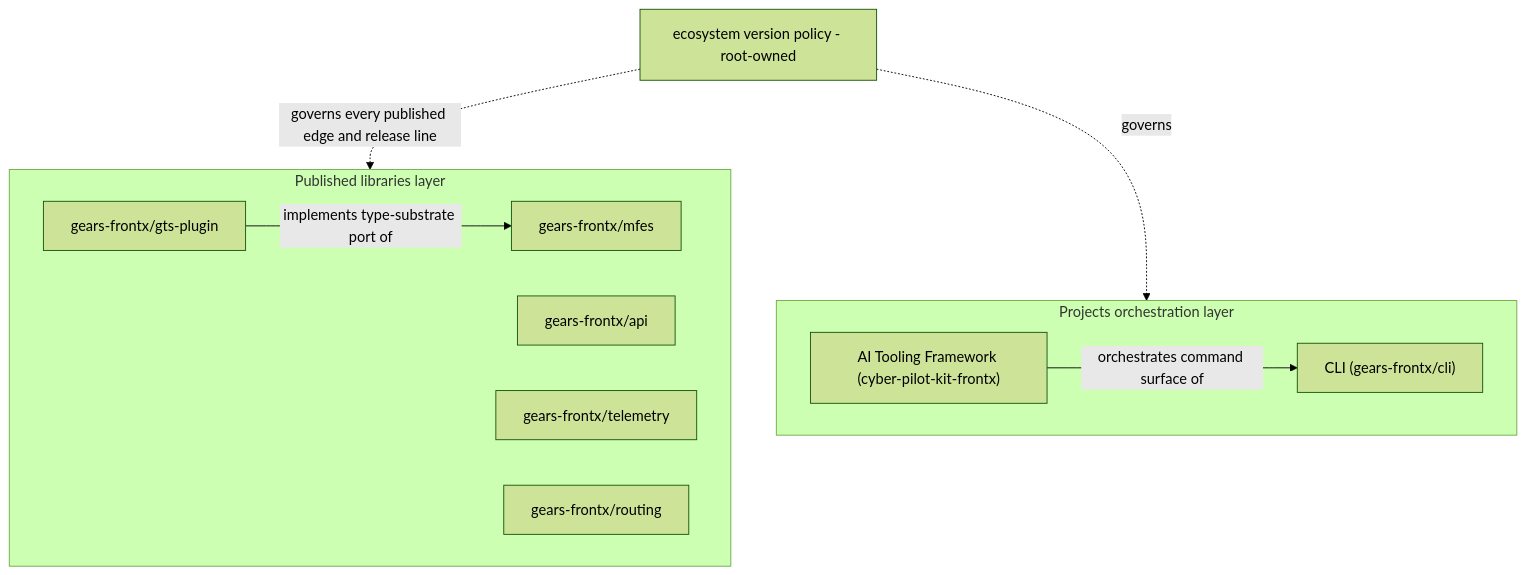
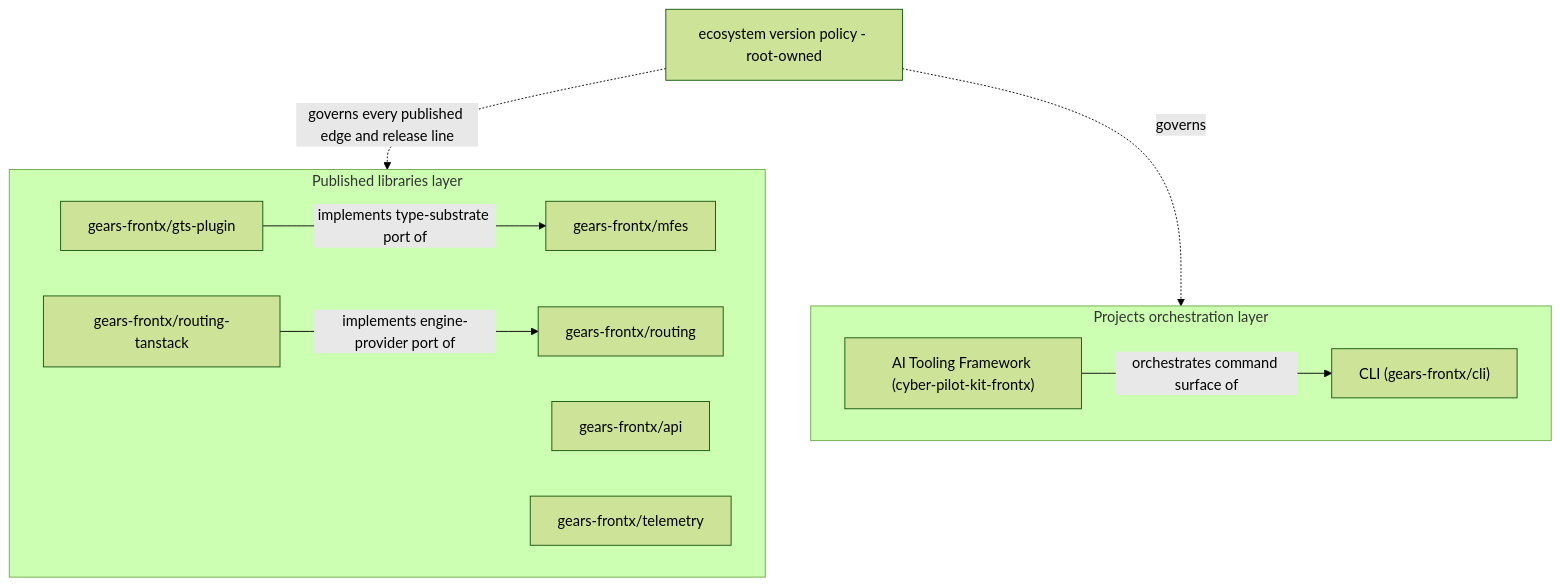
Before and after one commit to GeraBart/gears-frontx: the second of 3 diagrams in architecture/DESIGN.md, drawn with Mermaid (forest theme). The commit also changed other lines of this file and 10 other files, not shown here.

````diff
--- a/architecture/DESIGN.md
+++ b/architecture/DESIGN.md
@@ -265,19 +267,21 @@
 ```mermaid
 graph TD
     subgraph Orch[Projects orchestration layer]
         CLI["CLI (gears-frontx/cli)"]
         KIT["AI Tooling Framework (cyber-pilot-kit-frontx)"]
     end
     subgraph Libs[Published libraries layer]
         MFES[gears-frontx/mfes]
         GTS[gears-frontx/gts-plugin]
         API[gears-frontx/api]
         TEL[gears-frontx/telemetry]
         ROUTING[gears-frontx/routing]
+        ROUTINGTS[gears-frontx/routing-tanstack]
     end
     POL[ecosystem version policy - root-owned]
     GTS -- "implements type-substrate port of" --> MFES
+    ROUTINGTS -- "implements engine-provider port of" --> ROUTING
     KIT -- "orchestrates command surface of" --> CLI
     POL -. "governs every published edge and release line" .-> Libs
     POL -. "governs" .-> Orch
 ```
````
